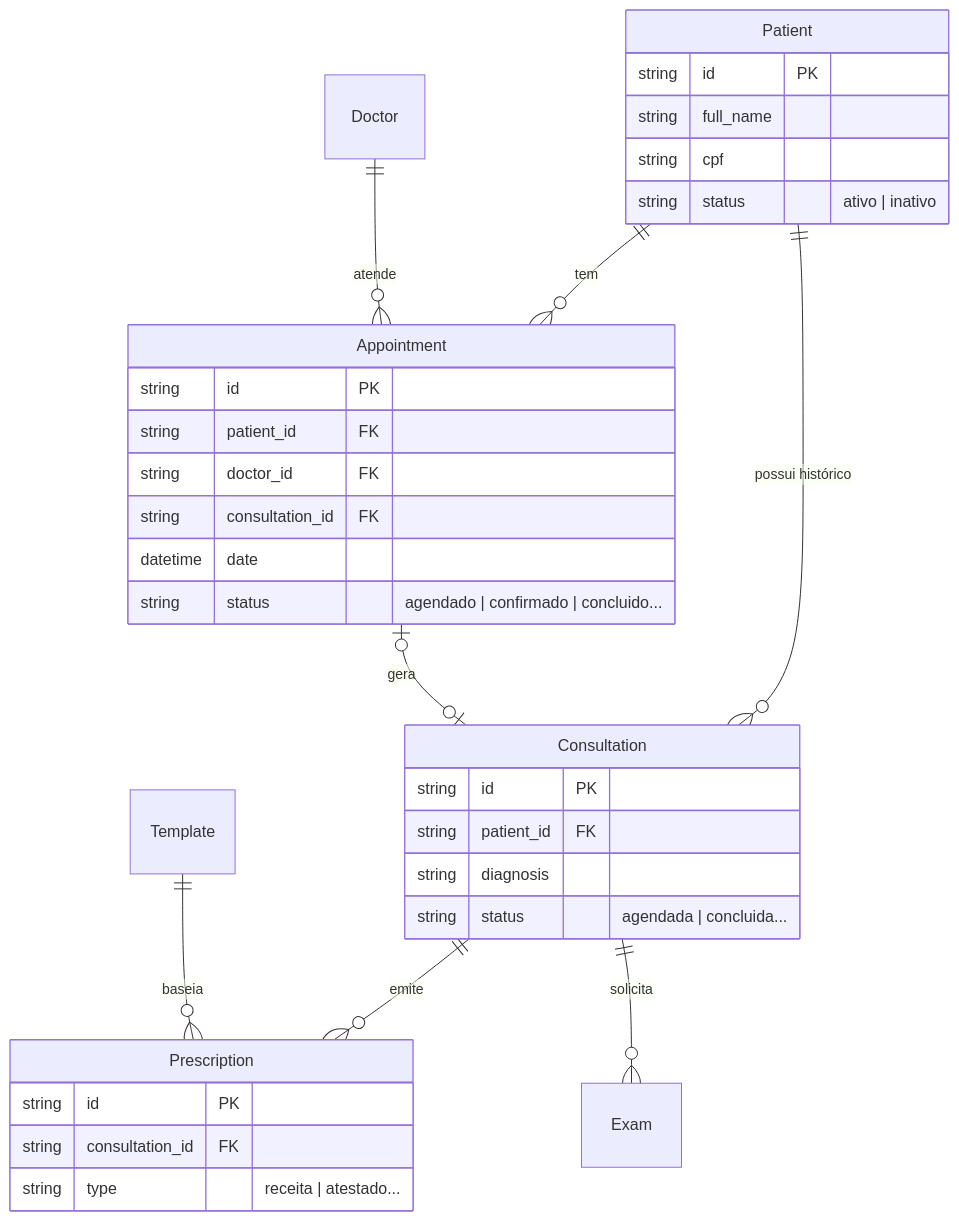
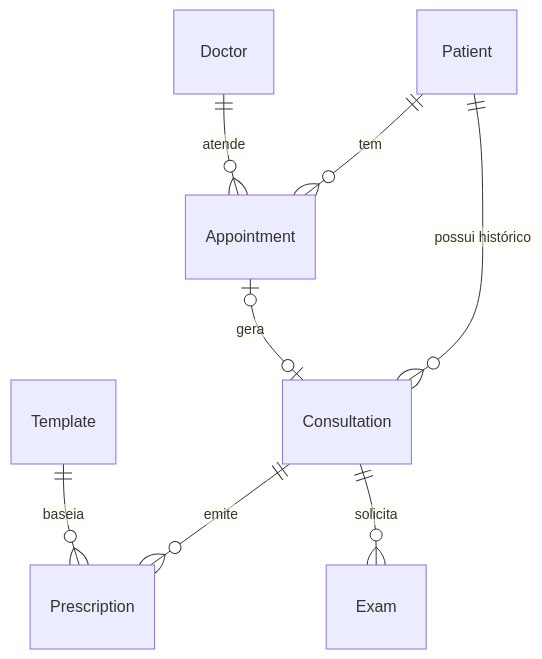
The diagram in _reversa_sdd/erd.md (Adriano1976/prontuario-facil), drawn with Mermaid before and after one commit. The commit also changed other lines of this file and 2 other files, not shown here.

Commit message:
feat(reversa): consolida arquivos antigos como espelhos e apontadores

````diff
--- a/_reversa_sdd/erd.md
+++ b/_reversa_sdd/erd.md
@@ -5,42 +7,13 @@
 ```mermaid
 erDiagram
     Patient ||--o{ Appointment : "tem"
     Patient ||--o{ Consultation : "possui histórico"
     Doctor ||--o{ Appointment : "atende"
-    
+
     Appointment |o--o| Consultation : "gera"
-    
+
     Consultation ||--o{ Prescription : "emite"
     Consultation ||--o{ Exam : "solicita"
-    
+
     Template ||--o{ Prescription : "baseia"
-    
-    Patient {
-        string id PK
-        string full_name
-        string cpf
-        string status "ativo | inativo"
-    }
-    
-    Appointment {
-        string id PK
-        string patient_id FK
-        string doctor_id FK
-        string consultation_id FK
-        datetime date
-        string status "agendado | confirmado | concluido..."
-    }
-    
-    Consultation {
-        string id PK
-        string patient_id FK
-        string diagnosis
-        string status "agendada | concluida..."
-    }
-    
-    Prescription {
-        string id PK
-        string consultation_id FK
-        string type "receita | atestado..."
-    }
 ```
````
